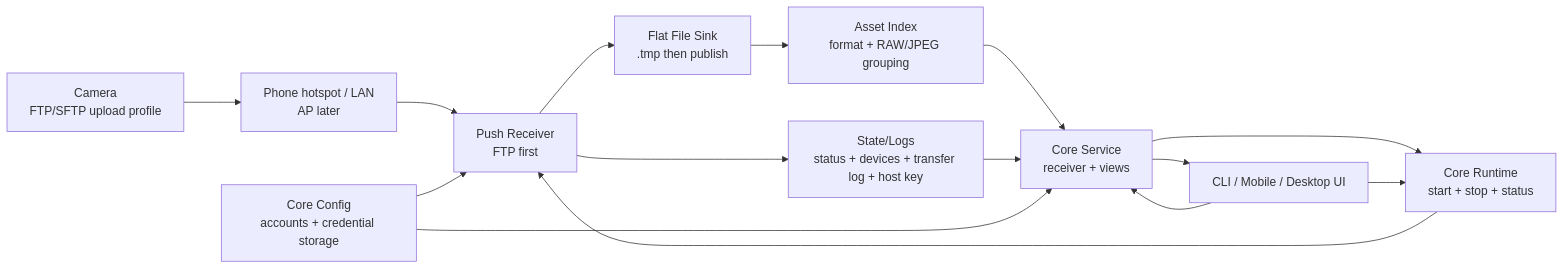
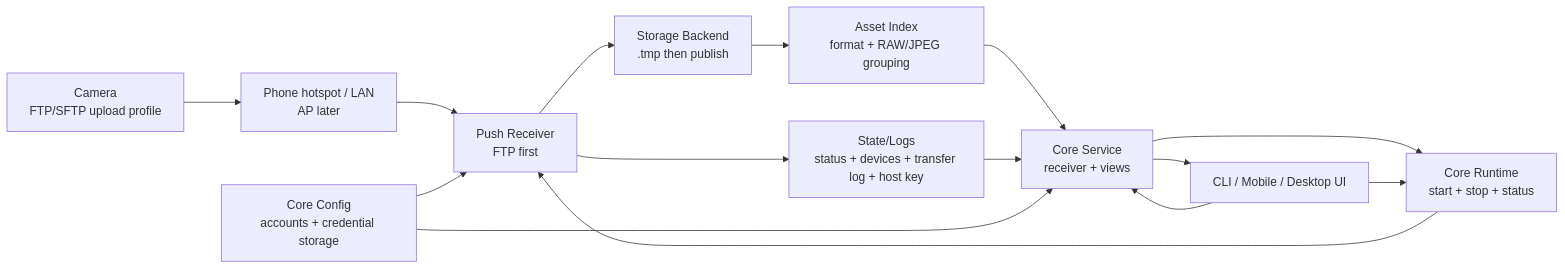
Before and after one commit to CrazyNB/camera_connector: the diagram in docs/product/PRD.md, drawn with Mermaid. The commit also changed other lines of this file and 15 other files, not shown here.

````diff
--- a/docs/product/PRD.md
+++ b/docs/product/PRD.md
@@ -131,21 +133,21 @@
 ```mermaid
 flowchart LR
   Camera["Camera\nFTP/SFTP upload profile"]
   Network["Phone hotspot / LAN\nAP later"]
   Receiver["Push Receiver\nFTP first"]
-  Sink["Flat File Sink\n.tmp then publish"]
+  Sink["Storage Backend\n.tmp then publish"]
   State["State/Logs\nstatus + devices + transfer log + host key"]
   Index["Asset Index\nformat + RAW/JPEG grouping"]
   CoreConfig["Core Config\naccounts + credential storage"]
   Service["Core Service\nreceiver + views"]
   Runtime["Core Runtime\nstart + stop + status"]
   UI["CLI / Mobile / Desktop UI"]
 
   Camera --> Network --> Receiver --> Sink --> Index --> Service --> UI
   Receiver --> State --> Service
   CoreConfig --> Receiver
   CoreConfig --> Service
   Service --> Runtime --> Receiver
   UI --> Service
   UI --> Runtime
 ```
````
